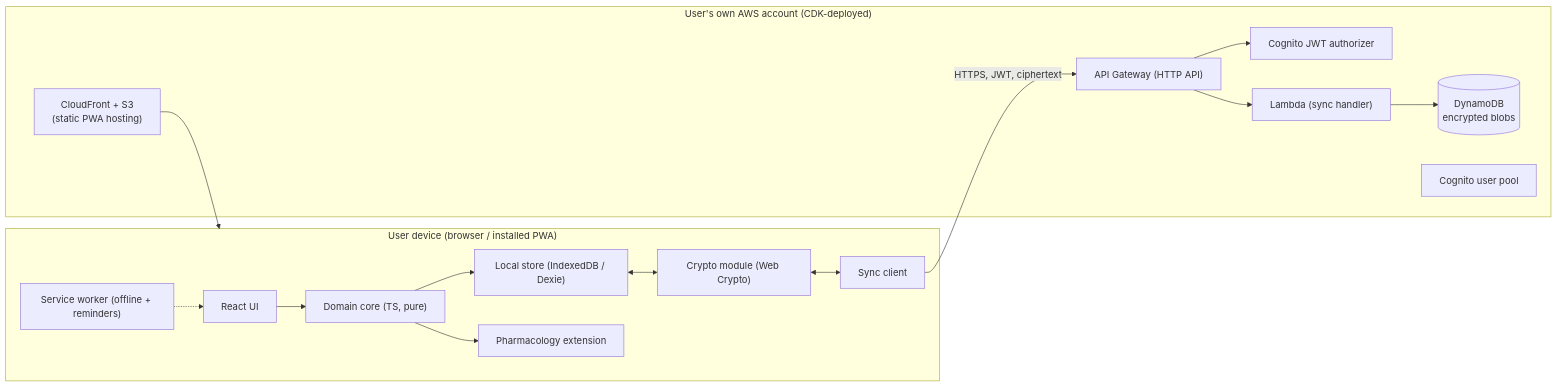
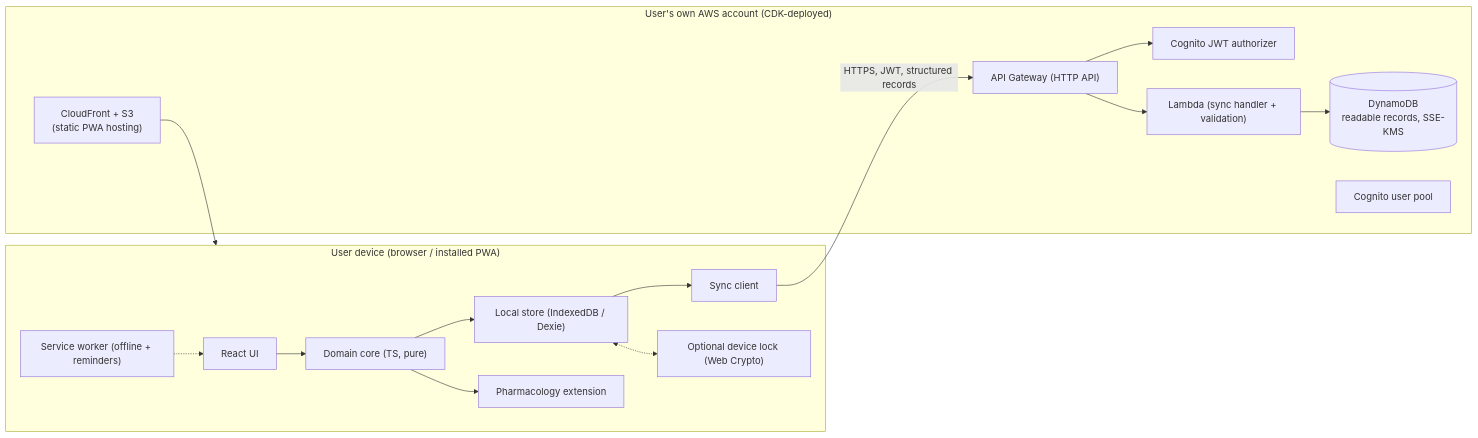
One commit to ankoor7/med-tracker changed the diagram in specs/02-architecture.md. Above: the diagram before and after it, drawn with Mermaid. The commit also changed other lines of this file and 21 other files, not shown here.

````diff
--- a/specs/02-architecture.md
+++ b/specs/02-architecture.md
@@ -24,24 +34,24 @@
 ```mermaid
 flowchart LR
   subgraph Device["User device (browser / installed PWA)"]
     UI["React UI"] --> Core["Domain core (TS, pure)"]
     Core --> Store["Local store (IndexedDB / Dexie)"]
     Core --> Ext["Pharmacology extension"]
-    Store <--> Crypto["Crypto module (Web Crypto)"]
-    Crypto <--> SyncC["Sync client"]
+    Store --> SyncC["Sync client"]
+    Store <-.-> Lock["Optional device lock (Web Crypto)"]
     SW["Service worker (offline + reminders)"] -.-> UI
   end
-  SyncC -- "HTTPS, JWT, ciphertext" --> API["API Gateway (HTTP API)"]
+  SyncC -- "HTTPS, JWT, structured records" --> API["API Gateway (HTTP API)"]
   API --> Authz["Cognito JWT authorizer"]
-  API --> Lambda["Lambda (sync handler)"]
-  Lambda --> DDB[("DynamoDB\nencrypted blobs")]
+  API --> Lambda["Lambda (sync handler + validation)"]
+  Lambda --> DDB[("DynamoDB\nreadable records, SSE-KMS")]
   CF["CloudFront + S3\n(static PWA hosting)"] --> Device
   subgraph AWS["User's own AWS account (CDK-deployed)"]
     API
     Authz
     Lambda
     DDB
     CF
     Cognito["Cognito user pool"]
   end
 ```
````
